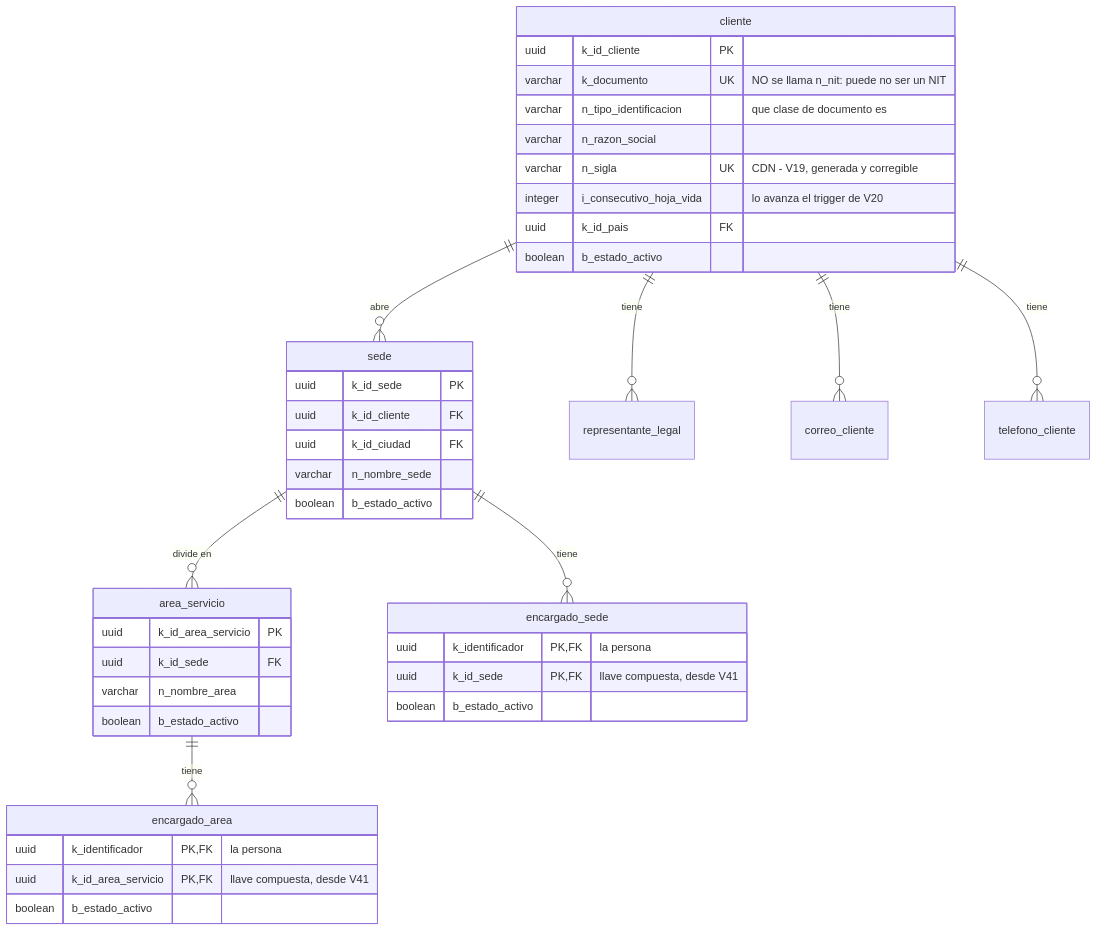
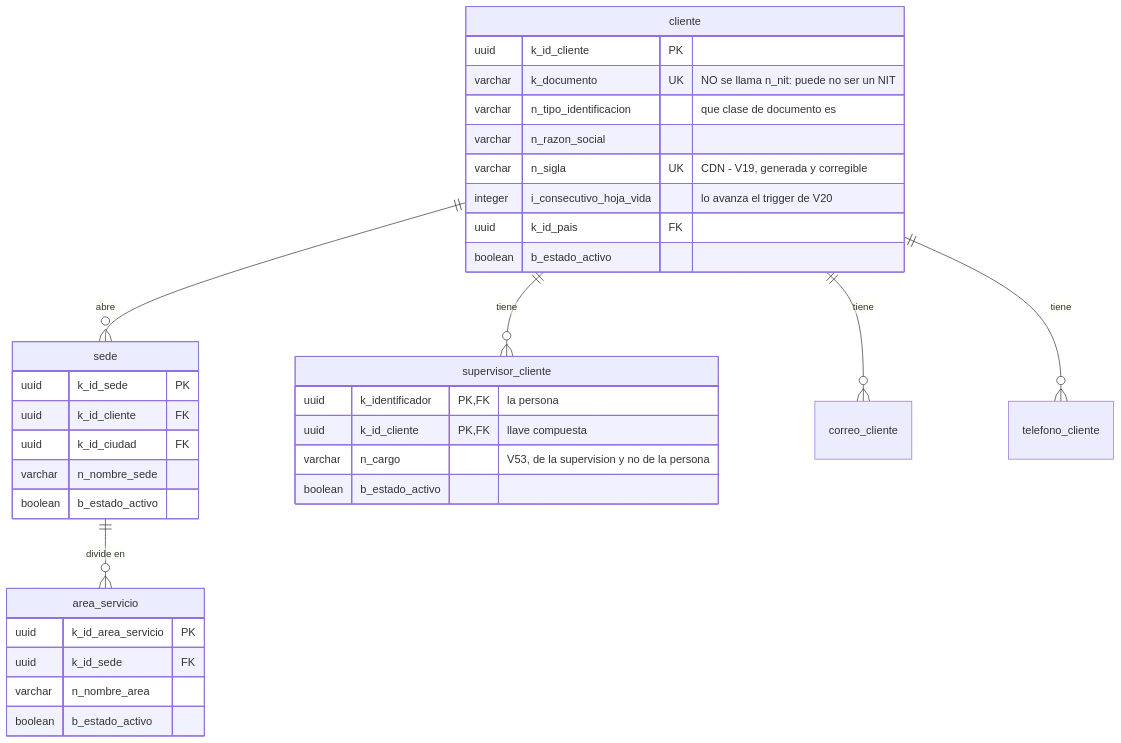
One commit to SeanBol222/MalphasOs changed the sixth of 12 diagrams in SecondBrain/wiki/base-de-datos/esquema-bd-malphasos.md. Above: the diagram before and after it, drawn with Mermaid. The commit also changed other lines of this file and 10 other files, not shown here.

````diff
--- a/SecondBrain/wiki/base-de-datos/esquema-bd-malphasos.md
+++ b/SecondBrain/wiki/base-de-datos/esquema-bd-malphasos.md
@@ -467,43 +467,37 @@
 ```mermaid
 erDiagram
     cliente ||--o{ sede : "abre"
-    cliente ||--o{ representante_legal : "tiene"
+    cliente ||--o{ supervisor_cliente : "tiene"
     cliente ||--o{ correo_cliente : "tiene"
     cliente ||--o{ telefono_cliente : "tiene"
     sede ||--o{ area_servicio : "divide en"
-    sede ||--o{ encargado_sede : "tiene"
-    area_servicio ||--o{ encargado_area : "tiene"
     cliente {
         uuid k_id_cliente PK
         varchar k_documento UK "NO se llama n_nit: puede no ser un NIT"
         varchar n_tipo_identificacion "que clase de documento es"
         varchar n_razon_social
         varchar n_sigla UK "CDN - V19, generada y corregible"
         integer i_consecutivo_hoja_vida "lo avanza el trigger de V20"
         uuid k_id_pais FK
+        boolean b_estado_activo
+    }
+    supervisor_cliente {
+        uuid k_identificador PK, FK "la persona"
+        uuid k_id_cliente PK, FK "llave compuesta"
+        varchar n_cargo "V53, de la supervision y no de la persona"
         boolean b_estado_activo
     }
     sede {
         uuid k_id_sede PK
         uuid k_id_cliente FK
         uuid k_id_ciudad FK
         varchar n_nombre_sede
         boolean b_estado_activo
     }
     area_servicio {
         uuid k_id_area_servicio PK
         uuid k_id_sede FK
         varchar n_nombre_area
         boolean b_estado_activo
     }
-    encargado_sede {
-        uuid k_identificador PK, FK "la persona"
-        uuid k_id_sede PK, FK "llave compuesta, desde V41"
-        boolean b_estado_activo
-    }
-    encargado_area {
-        uuid k_identificador PK, FK "la persona"
-        uuid k_id_area_servicio PK, FK "llave compuesta, desde V41"
-        boolean b_estado_activo
-    }
 ```
````
